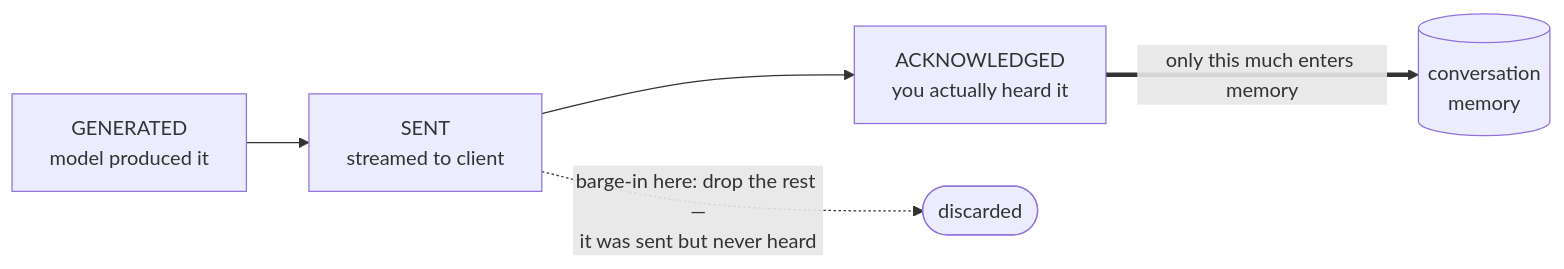
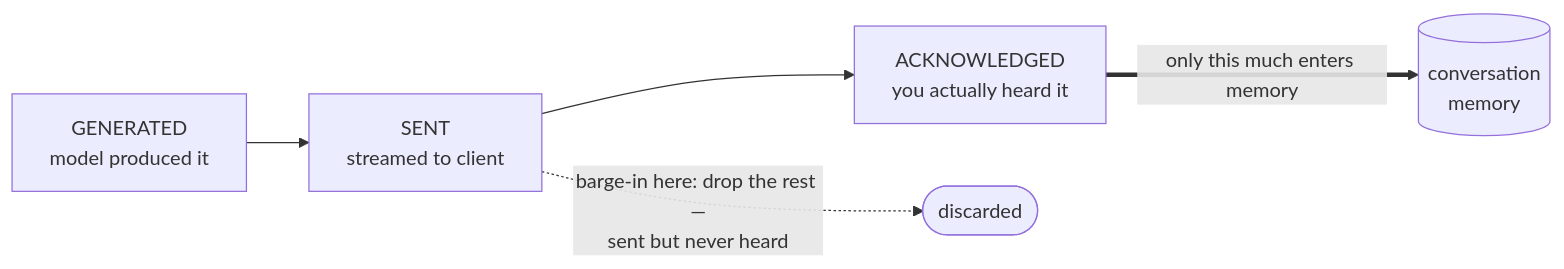
One commit to lishunyang12/lishunyang12.github.io changed the seventh of 9 diagrams in content/blog/full-duplex-session.md. Above: the diagram before and after it, drawn with Mermaid. The commit also changed other lines of this file, not shown here.

````diff
--- a/content/blog/full-duplex-session.md
+++ b/content/blog/full-duplex-session.md
@@ -243,6 +202,6 @@
 ```mermaid
 flowchart LR
     g["GENERATED<br/>model produced it"] --> s["SENT<br/>streamed to client"] --> a["ACKNOWLEDGED<br/>you actually heard it"]
     a == "only this much enters memory" ==> mem[("conversation<br/>memory")]
-    s -. "barge-in here: drop the rest —<br/>it was sent but never heard" .-> x(["discarded"])
+    s -. "barge-in here: drop the rest —<br/>sent but never heard" .-> x(["discarded"])
 ```
````
